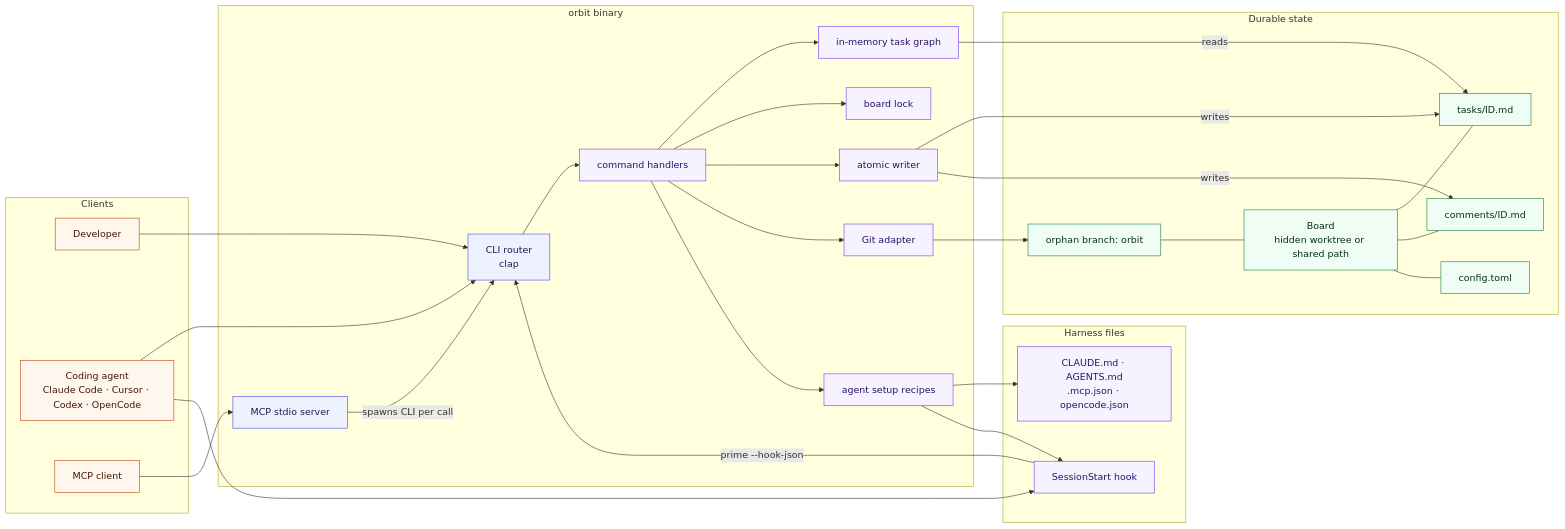
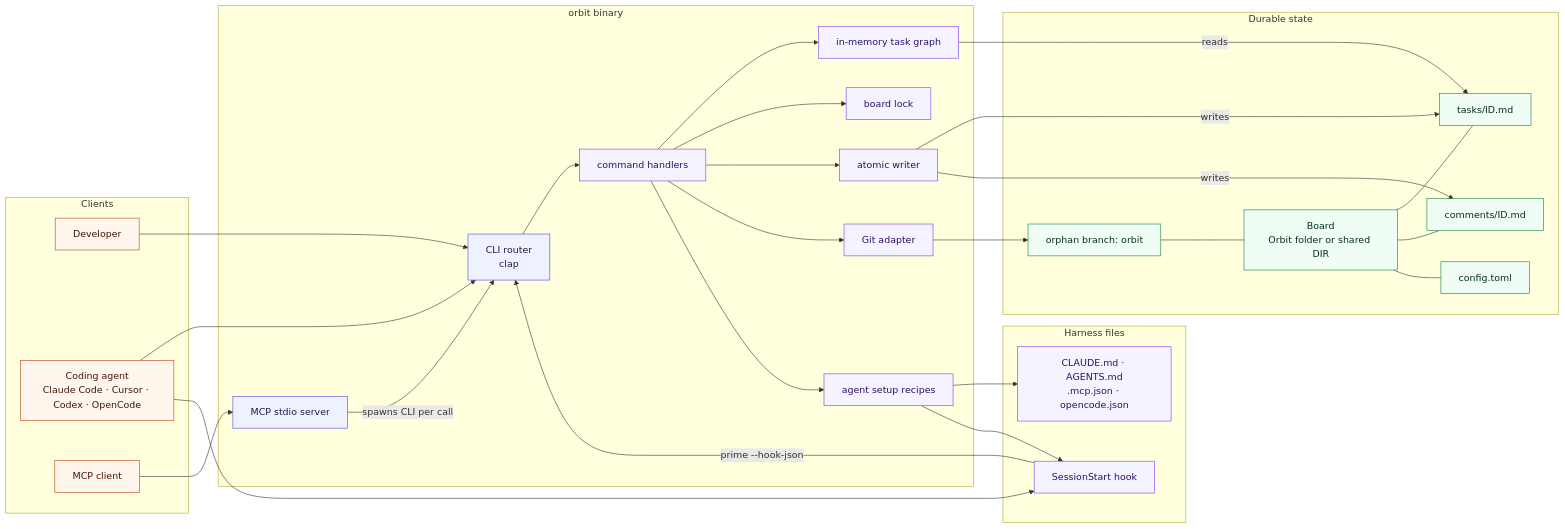
The first of 6 diagrams in README.md (rcmendes/orbit), drawn with Mermaid before and after one commit. The commit also changed other lines of this file and 12 other files, not shown here.

Commit message:
docs: define the Orbit folder in ADR 0012

````diff
--- a/README.md
+++ b/README.md
@@ -249,67 +250,67 @@
 ```mermaid
 flowchart LR
     subgraph Clients["Clients"]
         DEV["Developer"]
         AGENT["Coding agent<br/>Claude Code · Cursor · Codex · OpenCode"]
         MCPC["MCP client"]
     end
 
     subgraph Binary["orbit binary"]
         ROUTER["CLI router<br/>clap"]
         MCP["MCP stdio server"]
         CMD["command handlers"]
         GRAPH["in-memory task graph"]
         LOCK["board lock"]
         ATOMIC["atomic writer"]
         GIT["Git adapter"]
         SETUP["agent setup recipes"]
     end
 
     subgraph Storage["Durable state"]
-        BOARD["Board<br/>hidden worktree or shared path"]
+        BOARD["Board<br/>Orbit folder or shared DIR"]
         TASKS["tasks/ID.md"]
         COMMENTS["comments/ID.md"]
         CONFIG["config.toml"]
         BRANCH["orphan branch: orbit"]
     end
 
     subgraph Harness["Harness files"]
         FILES["CLAUDE.md · AGENTS.md<br/>.mcp.json · opencode.json"]
         HOOK["SessionStart hook"]
     end
 
     DEV --> ROUTER
     AGENT --> ROUTER
     AGENT --> HOOK
     HOOK -->|"prime --hook-json"| ROUTER
     MCPC --> MCP
     MCP -->|"spawns CLI per call"| ROUTER
     ROUTER --> CMD
     CMD --> GRAPH
     GRAPH -->|reads| TASKS
     CMD --> LOCK
     CMD --> ATOMIC
     ATOMIC -->|writes| TASKS
     ATOMIC -->|writes| COMMENTS
     CMD --> GIT
     GIT --> BRANCH
     BOARD --- TASKS
     BOARD --- COMMENTS
     BOARD --- CONFIG
     BRANCH --- BOARD
     CMD --> SETUP
     SETUP --> FILES
     SETUP --> HOOK
 
     classDef actor fill:#fff7ed,stroke:#c2410c,color:#431407
     classDef iface fill:#eef2ff,stroke:#4f46e5,color:#1e1b4b
     classDef app fill:#f5f3ff,stroke:#7c3aed,color:#2e1065
     classDef domain fill:#ecfeff,stroke:#0e7490,color:#083344
     classDef store fill:#f0fdf4,stroke:#15803d,color:#052e16
 
     class DEV,AGENT,MCPC actor
     class ROUTER,MCP iface
     class CMD,GRAPH,LOCK,ATOMIC,GIT,SETUP app
     class BOARD,TASKS,COMMENTS,CONFIG,BRANCH store
     class FILES,HOOK app
 ```
````
